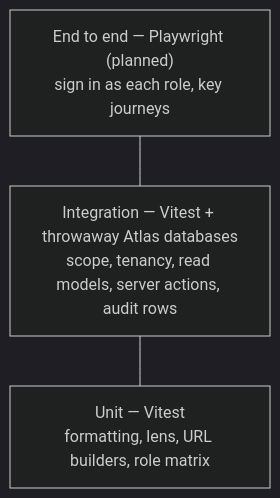
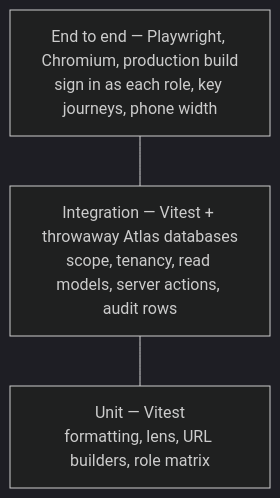
Before and after one commit to sonishivam1/ambient-crm: the diagram in docs/engineering/testing.md, drawn with Mermaid (dark theme). The commit also changed other lines of this file and 38 other files, not shown here.

````diff
--- a/docs/engineering/testing.md
+++ b/docs/engineering/testing.md
@@ -16,7 +21,7 @@
 ```mermaid
 flowchart TB
-  e2e["End to end — Playwright (planned)<br/>sign in as each role, key journeys"]
+  e2e["End to end — Playwright, Chromium, production build<br/>sign in as each role, key journeys, phone width"]
   int["Integration — Vitest + throwaway Atlas databases<br/>scope, tenancy, read models, server actions, audit rows"]
   unit["Unit — Vitest<br/>formatting, lens, URL builders, role matrix"]
   e2e --- int --- unit
 ```
````
